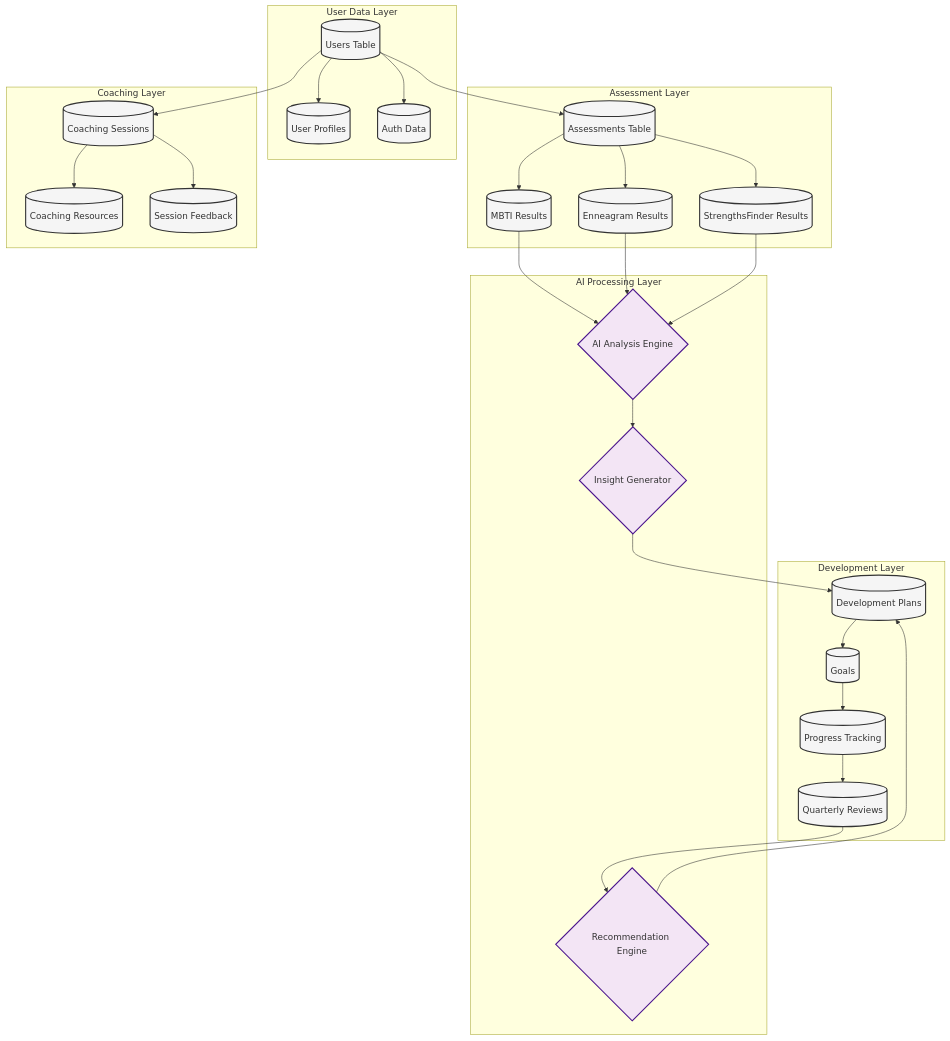
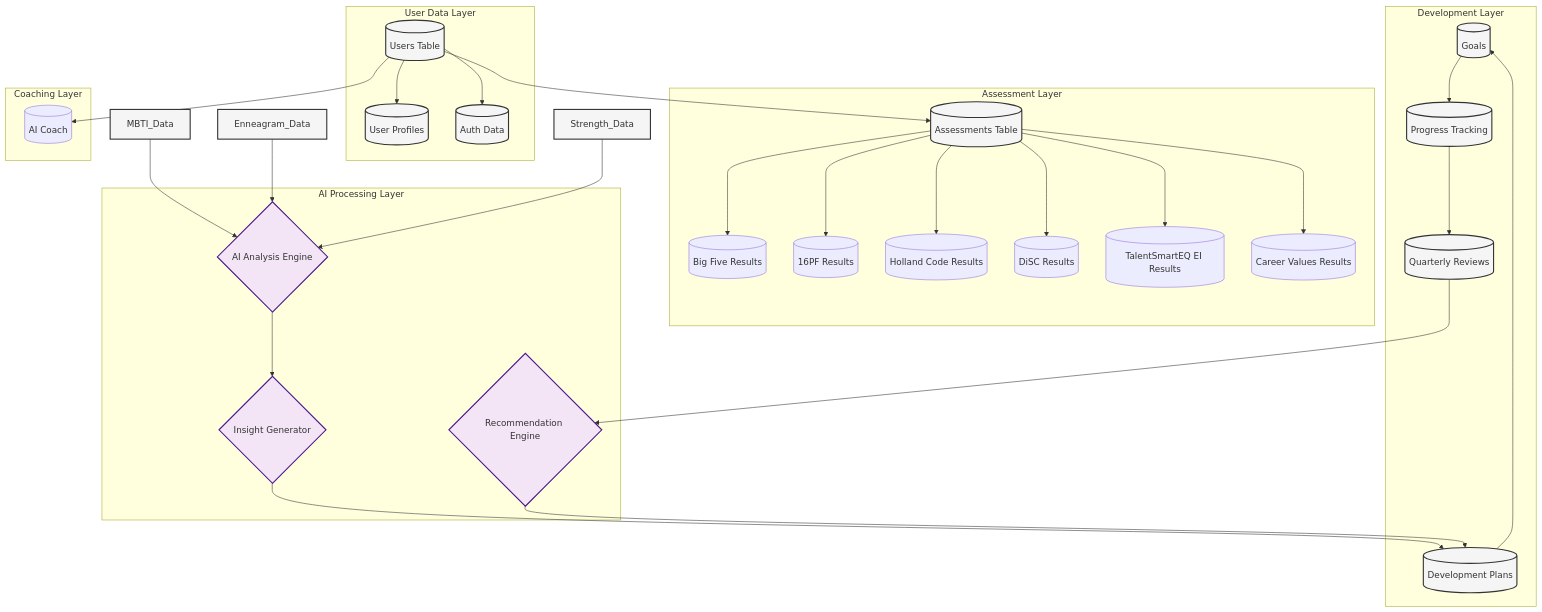
Before and after one commit to poorlyordered/excellentevolution: the diagram in ArchiveDocs/information_architecture.mmd, drawn with Mermaid. The commit also changed 8 other files, not shown here.

```diff
--- a/ArchiveDocs/information_architecture.mmd
+++ b/ArchiveDocs/information_architecture.mmd
@@ -1,64 +1,66 @@
 graph TD
     subgraph "User Data Layer"
         Users[(Users Table)]
         Profiles[(User Profiles)]
         Auth[(Auth Data)]
     end
     
     subgraph "Assessment Layer"
         Assessments[(Assessments Table)]
-        MBTI_Data[(MBTI Results)]
-        Enneagram_Data[(Enneagram Results)]
-        Strength_Data[(StrengthsFinder Results)]
+        BigFive_Data[(Big Five Results)]
+        SixteenPF_Data[(16PF Results)]
+        HollandCode_Data[(Holland Code Results)]
+        DiSC_Data[(DiSC Results)]
+        TalentSmartEQ_Data[(TalentSmartEQ EI Results)]
+        CareerValues_Data[(Career Values Results)]
     end
     
     subgraph "Development Layer"
         Goals[(Goals)]
         Progress[(Progress Tracking)]
         Plans[(Development Plans)]
         Reviews[(Quarterly Reviews)]
     end
     
     subgraph "AI Processing Layer"
         AI_Analysis{AI Analysis Engine}
         Insights{Insight Generator}
         Recommendations{Recommendation Engine}
     end
     
     subgraph "Coaching Layer"
-        Sessions[(Coaching Sessions)]
-        Resources[(Coaching Resources)]
-        Feedback[(Session Feedback)]
+        AICoach[(AI Coach)]
     end
     
     %% Data Flow Relationships
     Users --> Profiles
     Users --> Auth
     Users --> Assessments
     
-    Assessments --> MBTI_Data
-    Assessments --> Enneagram_Data
-    Assessments --> Strength_Data
+    Assessments --> BigFive_Data
+    Assessments --> SixteenPF_Data
+    Assessments --> HollandCode_Data
+    Assessments --> DiSC_Data
+    Assessments --> TalentSmartEQ_Data
+    Assessments --> CareerValues_Data
     
     MBTI_Data & Enneagram_Data & Strength_Data --> AI_Analysis
     AI_Analysis --> Insights
     Insights --> Plans
     
     Plans --> Goals
     Goals --> Progress
     Progress --> Reviews
     Reviews --> Recommendations
     
-    Users --> Sessions
-    Sessions --> Feedback
-    Sessions --> Resources
+    Users --> AICoach
     
     Recommendations --> Plans
     
     %% Styling
     classDef database fill:#f5f5f5,stroke:#333,stroke-width:2px
     classDef process fill:#e3f2fd,stroke:#1565c0,stroke-width:2px
     classDef aiLayer fill:#f3e5f5,stroke:#4a148c,stroke-width:2px
     
     class Users,Profiles,Auth,Assessments,MBTI_Data,Enneagram_Data,Strength_Data,Goals,Progress,Plans,Reviews,Sessions,Resources,Feedback database
     class AI_Analysis,Insights,Recommendations aiLayer
```
